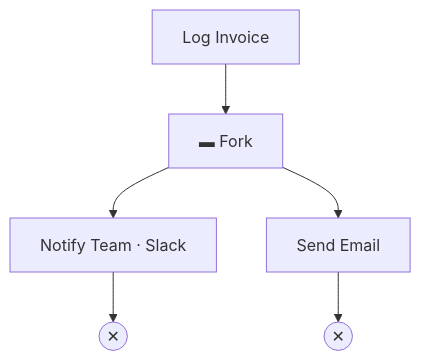
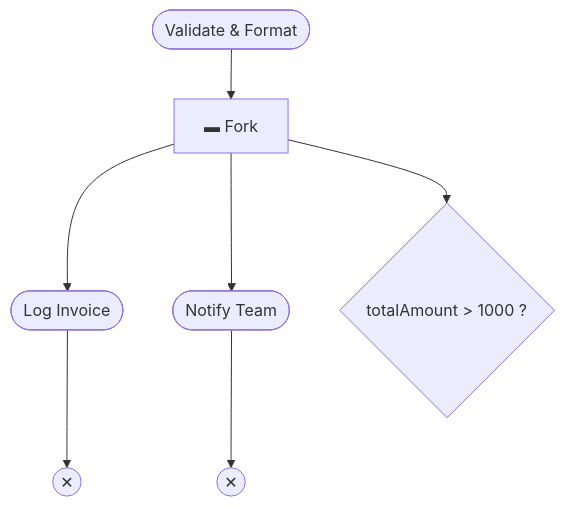
One commit to DoTuanPhong/make_-Invoice-processing-automated-workflow changed the first of 4 diagrams in activity-diagram.md. Above: the diagram before and after it, drawn with Mermaid. The commit also changed other lines of this file and 3 other files, not shown here.

Commit message:
Update README and diagrams: upgrade Google Gemini to 3.5-flash-lite, enhance error handling, and add setup guide for automated invoice processing workflow.

````diff
--- a/activity-diagram.md
+++ b/activity-diagram.md
@@ -45,6 +48,7 @@
 ```mermaid
 flowchart TD
-    A["Log Invoice"] --> F["▬ Fork"]
-    F --> B["Notify Team · Slack"] --> FB(("✕"))
-    F --> C["Send Email"] --> FC(("✕"))
+    C(["Validate & Format"]) --> F["▬ Fork"]
+    F --> D(["Log Invoice"]) --> FFD(("✕"))
+    F --> E(["Notify Team"]) --> FFE(("✕"))
+    F --> G{"totalAmount > 1000 ?"}
 ```
````
